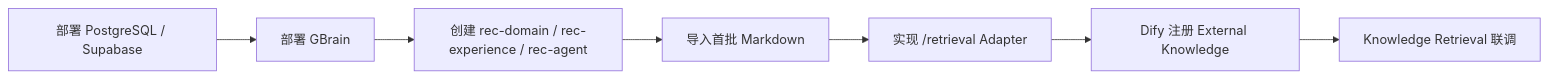
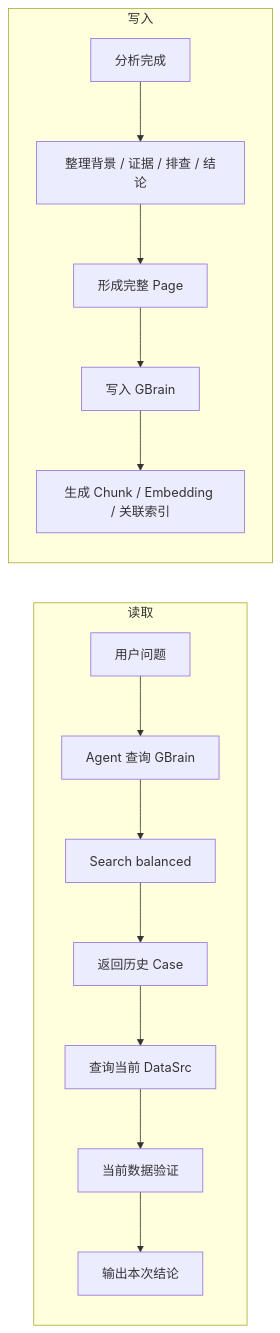
Before and after one commit to sgfd-ui/internship: the third of 3 diagrams in weekly-report/gbrain-dify-shared-knowledge.md, drawn with Mermaid. The commit also changed other lines of this file, not shown here.

Commit message:
rewrite GBrain Dify shared knowledge plan from research results

````diff
--- a/weekly-report/gbrain-dify-shared-knowledge.md
+++ b/weekly-report/gbrain-dify-shared-knowledge.md
@@ -444,10 +192,18 @@
 ```mermaid
 flowchart LR
-    A[部署 PostgreSQL / Supabase]
-    --> B[部署 GBrain]
-    --> C[创建 rec-domain / rec-experience / rec-agent]
-    --> D[导入首批 Markdown]
-    --> E[实现 /retrieval Adapter]
-    --> F[Dify 注册 External Knowledge]
-    --> G[Knowledge Retrieval 联调]
+    subgraph R[读取]
+        R1[用户问题] --> R2[Agent 查询 GBrain]
+        R2 --> R3[Search balanced]
+        R3 --> R4[返回历史 Case]
+        R4 --> R5[查询当前 DataSrc]
+        R5 --> R6[当前数据验证]
+        R6 --> R7[输出本次结论]
+    end
+
+    subgraph W[写入]
+        W1[分析完成] --> W2[整理背景 / 证据 / 排查 / 结论]
+        W2 --> W3[形成完整 Page]
+        W3 --> W4[写入 GBrain]
+        W4 --> W5[生成 Chunk / Embedding / 关联索引]
+    end
 ```
````
